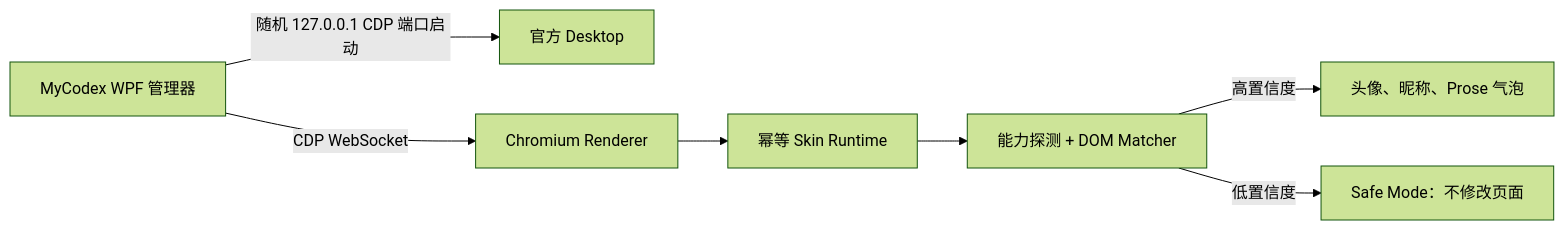
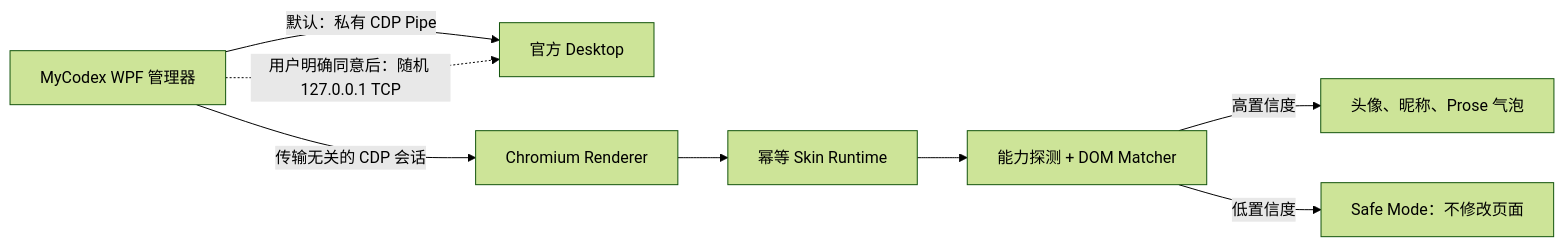
One commit to crikok0721/MyCO changed the first of 2 diagrams in README.md. Above: the diagram before and after it, drawn with Mermaid (forest theme). The commit also changed other lines of this file and 59 other files, not shown here.

````diff
--- a/README.md
+++ b/README.md
@@ -41,9 +41,10 @@
 ```mermaid
 flowchart LR
-  M["MyCodex WPF 管理器"] -->|"随机 127.0.0.1 CDP 端口启动"| D["官方 Desktop"]
-  M -->|"CDP WebSocket"| R["Chromium Renderer"]
+  M["MyCodex WPF 管理器"] -->|"默认：私有 CDP Pipe"| D["官方 Desktop"]
+  M -. "用户明确同意后：随机 127.0.0.1 TCP" .-> D
+  M -->|"传输无关的 CDP 会话"| R["Chromium Renderer"]
   R --> I["幂等 Skin Runtime"]
   I --> P["能力探测 + DOM Matcher"]
   P -->|"高置信度"| S["头像、昵称、Prose 气泡"]
   P -->|"低置信度"| F["Safe Mode：不修改页面"]
 ```
````
